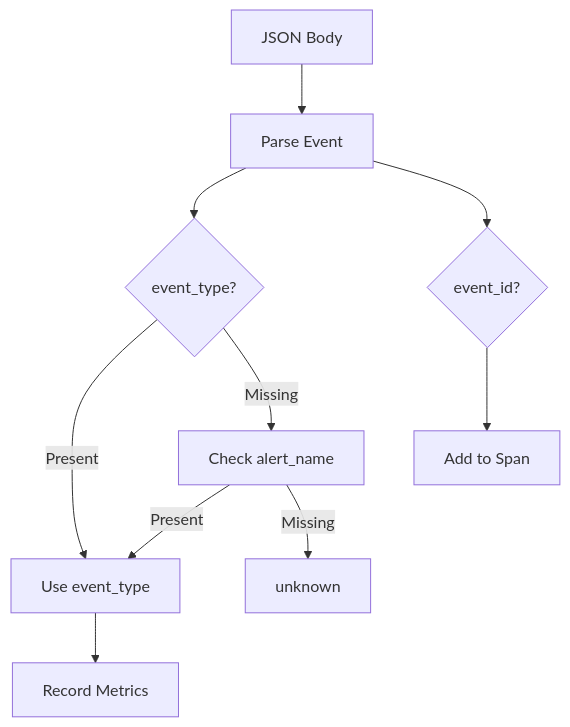
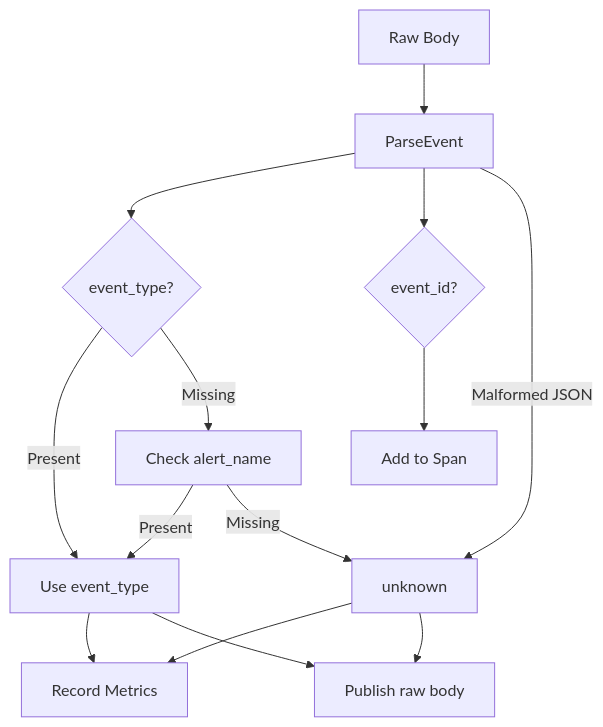
One commit to kunalPisolkar24/detectAI changed the fifth of 5 diagrams in services/payments/gateway/docs/concepts/request-flows.md. Above: the diagram before and after it, drawn with Mermaid. The commit also changed other lines of this file and 14 other files, not shown here.

````diff
--- a/services/payments/gateway/docs/concepts/request-flows.md
+++ b/services/payments/gateway/docs/concepts/request-flows.md
@@ -170,12 +173,16 @@
 ```mermaid
 graph TB
-    JSON[JSON Body] --> Parse[Parse Event]
+    JSON[Raw Body] --> Parse[ParseEvent]
     Parse --> EventType{event_type?}
     Parse --> EventID{event_id?}
     EventType -->|Present| Use[Use event_type]
     EventType -->|Missing| Legacy[Check alert_name]
     Legacy -->|Present| Use
     Legacy -->|Missing| Unknown[unknown]
+    Parse -->|Malformed JSON| Unknown
     Use --> Metrics[Record Metrics]
+    Unknown --> Metrics
     EventID --> Tracing[Add to Span]
+    Use --> Publish[Publish raw body]
+    Unknown --> Publish
 ```
````
